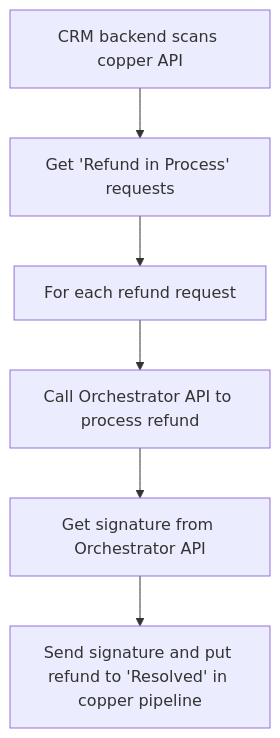
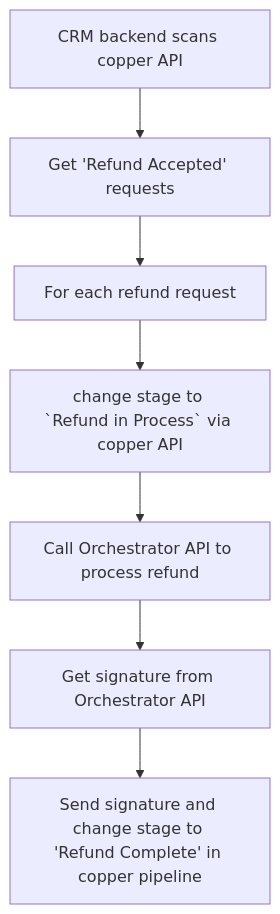
The second of 3 diagrams in drafts/crm/refund_request_v2.md (alphaflows/workbench), drawn with Mermaid before and after one commit. The commit also changed other lines of this file, not shown here.

Commit message:
update refund logic

````diff
--- a/drafts/crm/refund_request_v2.md
+++ b/drafts/crm/refund_request_v2.md
@@ -32,8 +33,9 @@
 ```mermaid
 graph TD
-    A[CRM backend scans copper API] --> B[Get 'Refund in Process' requests]
+    A[CRM backend scans copper API] --> B[Get 'Refund Accepted' requests]
     B --> C[For each refund request]
-    C --> D[Call Orchestrator API to process refund]
+    C --> G[change stage to `Refund in Process` via copper API]
+    G --> D[Call Orchestrator API to process refund]
     D --> E[Get signature from Orchestrator API]
-    E --> F[Send signature and put refund to 'Resolved' in copper pipeline]
+    E --> F[Send signature and change stage to 'Refund Complete' in copper pipeline]
 ```
````
